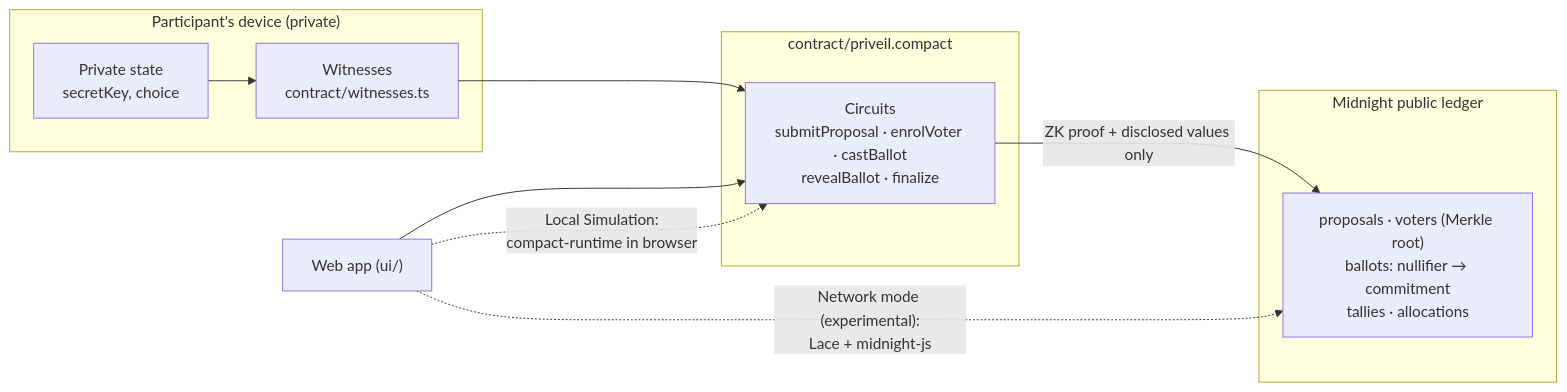
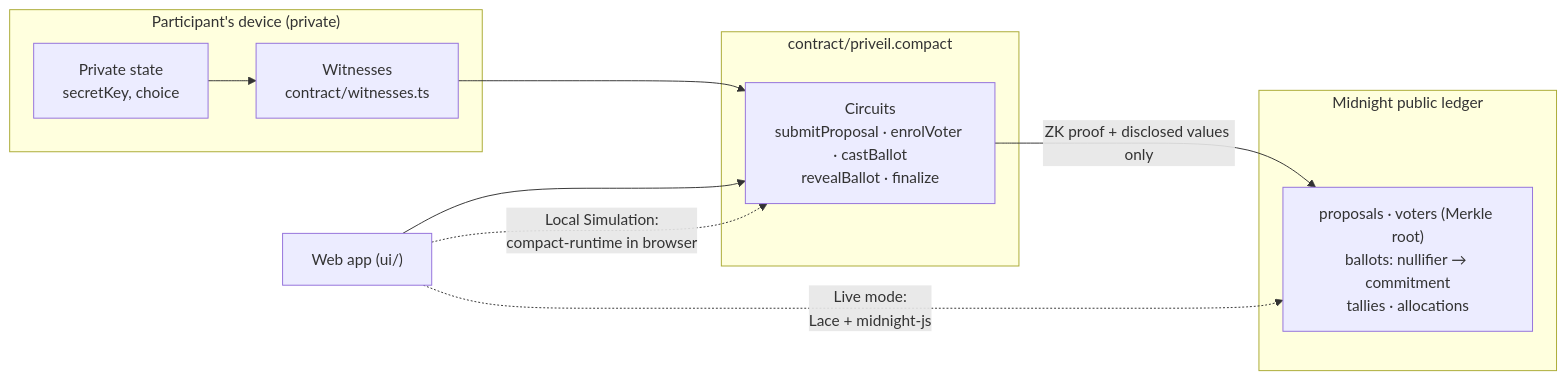
One commit to TeevincsCrypt/preveil changed the second of 2 diagrams in README.md. Above: the diagram before and after it, drawn with Mermaid. The commit also changed other lines of this file and 25 other files, not shown here.

First line of the commit message:
Add Live mode: run real PRIVEIL rounds on a Midnight test network via Lace

````diff
--- a/README.md
+++ b/README.md
@@ -88,18 +88,18 @@
 ```mermaid
 flowchart LR
     subgraph Device["Participant's device (private)"]
         PS["Private state<br/>secretKey, choice"]
         W["Witnesses<br/>contract/witnesses.ts"]
     end
     subgraph Contract["contract/priveil.compact"]
         CI["Circuits<br/>submitProposal · enrolVoter · castBallot<br/>revealBallot · finalize"]
     end
     subgraph Ledger["Midnight public ledger"]
         L["proposals · voters (Merkle root)<br/>ballots: nullifier → commitment<br/>tallies · allocations"]
     end
     PS --> W --> CI
     CI -- "ZK proof + disclosed values only" --> L
     UI["Web app (ui/)"] --> CI
     UI -. "Local Simulation:<br/>compact-runtime in browser" .-> CI
-    UI -. "Network mode (experimental):<br/>Lace + midnight-js" .-> L
+    UI -. "Live mode:<br/>Lace + midnight-js" .-> L
 ```
````
